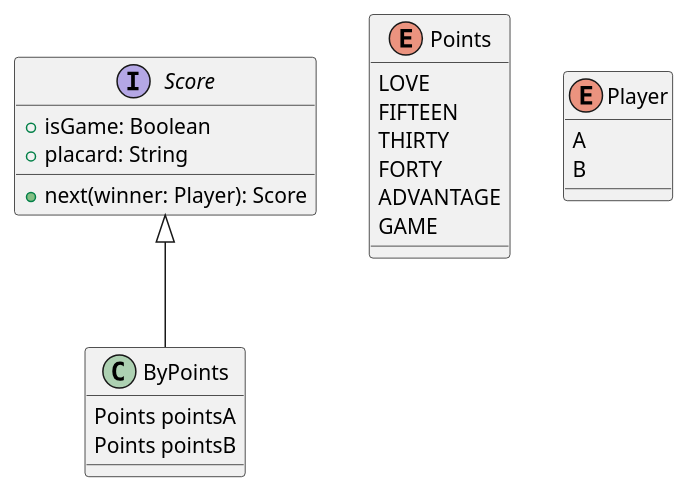
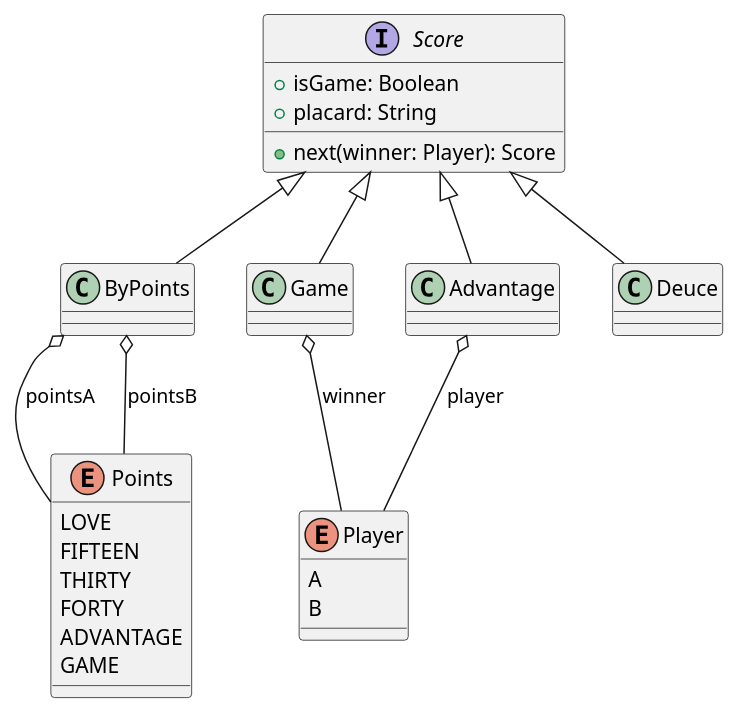
One commit to isel-leic-tds/2324i.32d changed the diagram in Tennis/src/main/kotlin/isel/tds/tennis/_02_oo/Score.puml. Above: the diagram before and after it, drawn with PlantUML. The commit also changed 3 other files, not shown here.

```diff
--- a/Tennis/src/main/kotlin/isel/tds/tennis/_02_oo/Score.puml
+++ b/Tennis/src/main/kotlin/isel/tds/tennis/_02_oo/Score.puml
@@ -1,32 +1,48 @@
 @startuml
 'https://plantuml.com/class-diagram
 
 interface Score{
 +next(winner: Player): Score
 +isGame: Boolean
 +placard: String
 }
 
 Score <|-- ByPoints
+Score <|-- Game
+Score <|-- Advantage
+Score <|-- Deuce
 
 enum Points{
    LOVE
    FIFTEEN
    THIRTY
    FORTY
    ADVANTAGE
    GAME
 }
 
 enum Player{
     A
     B
 }
 
 class ByPoints {
-Points pointsA
-Points pointsB
+'+Points pointsA
+'+Points pointsB
+}
+ByPoints o-- Points : pointsA
+ByPoints o-- Points : pointsB
+
+class Deuce {
 }
 
+class Advantage {
+}
+
+class Game {
+}
+
+Game o-- Player: winner
+Advantage o-- Player: player
 
 @enduml
```
